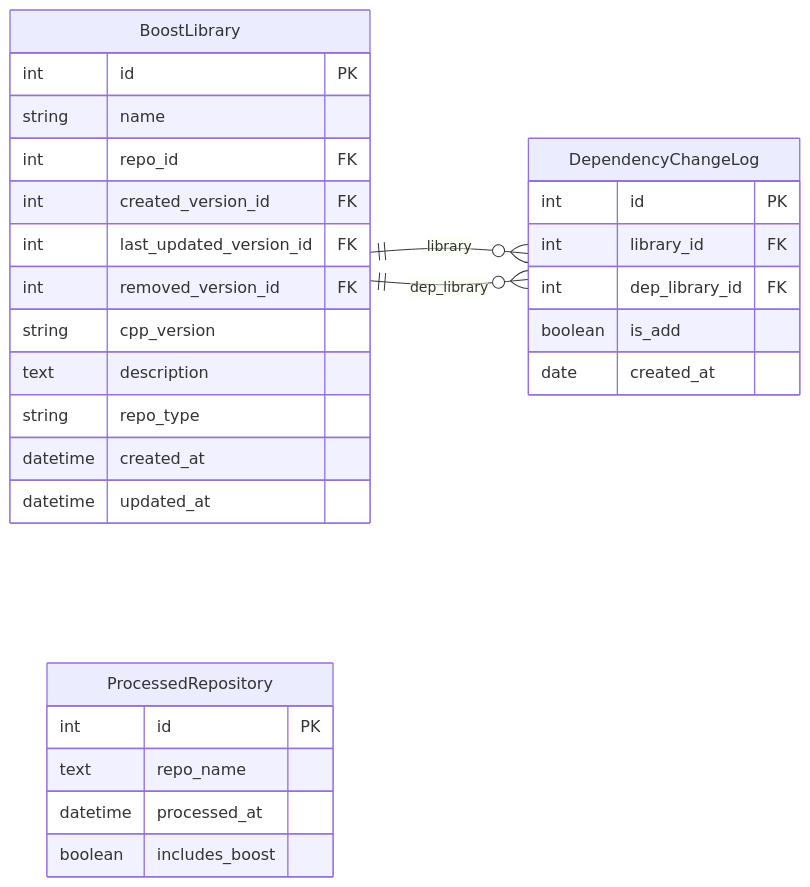
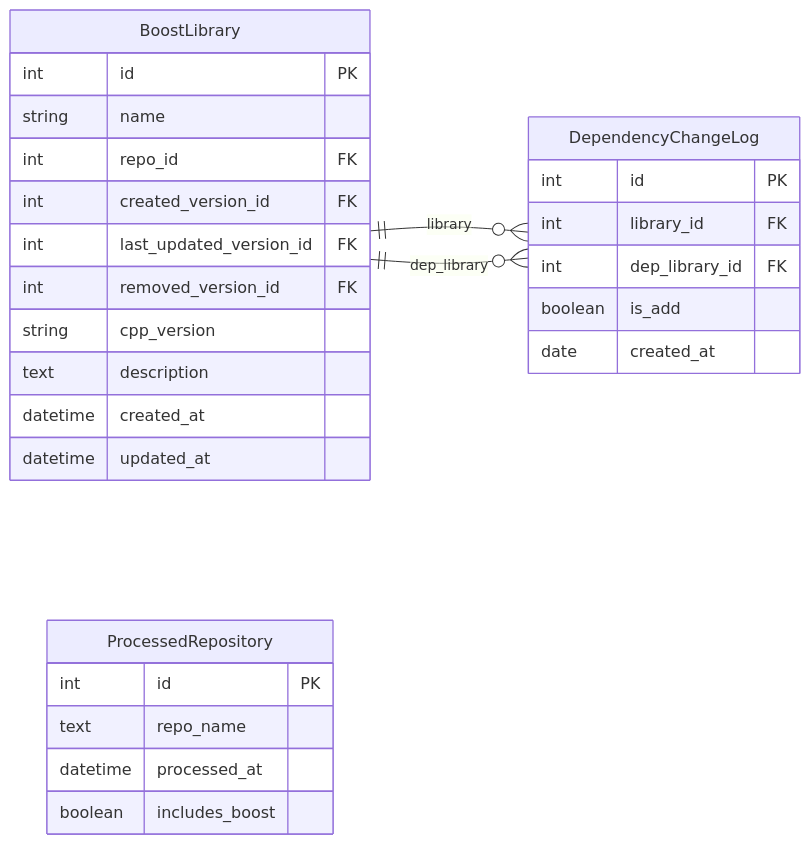
One commit to CppDigest/cppa-unified-dashboard changed the fifth of 10 diagrams in UnifiedDashboard/GoogleCloudSQLSchema/google_cloud_sql_schema.md. Above: the diagram before and after it, drawn with Mermaid. The commit also changed other lines of this file, not shown here.

Commit message:
#148 - Remove repo_type field from BoostLibrary and IncludeBoostRepository

````diff
--- a/UnifiedDashboard/GoogleCloudSQLSchema/google_cloud_sql_schema.md
+++ b/UnifiedDashboard/GoogleCloudSQLSchema/google_cloud_sql_schema.md
@@ -366,35 +364,34 @@
 ```mermaid
 erDiagram
     direction LR
     BoostLibrary ||--o{ DependencyChangeLog : "library"
     BoostLibrary ||--o{ DependencyChangeLog : "dep_library"
 
     BoostLibrary {
         int id PK
         string name
         int repo_id FK
         int created_version_id FK
         int last_updated_version_id FK
         int removed_version_id FK
         string cpp_version
         text description
-        string repo_type
         datetime created_at
         datetime updated_at
     }
 
     DependencyChangeLog {
         int id PK
         int library_id FK
         int dep_library_id FK
         boolean is_add
         date created_at
     }
 
     ProcessedRepository {
         int id PK
         text repo_name
         datetime processed_at
         boolean includes_boost
     }
 ```
````
